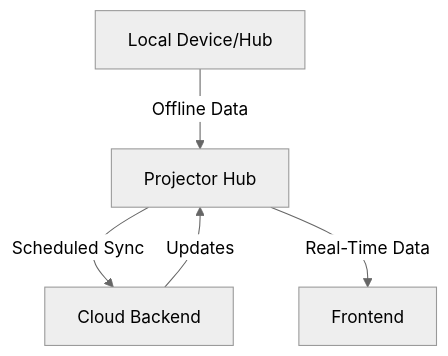
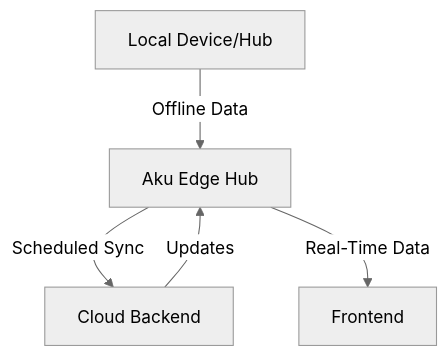
The second of 2 diagrams in docs/system_design.md (oumar-code/Akulearn_docs), drawn with Mermaid (neutral theme) before and after one commit. The commit also changed other lines of this file and 6 other files, not shown here.

Commit message:
docs: safe rename 'Projector Hub' -> 'Aku Edge Hub' for docs and placeholders

````diff
--- a/docs/system_design.md
+++ b/docs/system_design.md
@@ -124,7 +124,7 @@
 ```mermaid
 graph TD
-    Local[Local Device/Hub] -- Offline Data --> Hub[Projector Hub]
+    Local[Local Device/Hub] -- Offline Data --> Hub[Aku Edge Hub]
     Hub -- Scheduled Sync --> Cloud[Cloud Backend]
     Cloud -- Updates --> Hub
     Hub -- Real-Time Data --> FE[Frontend]
 ```
````
